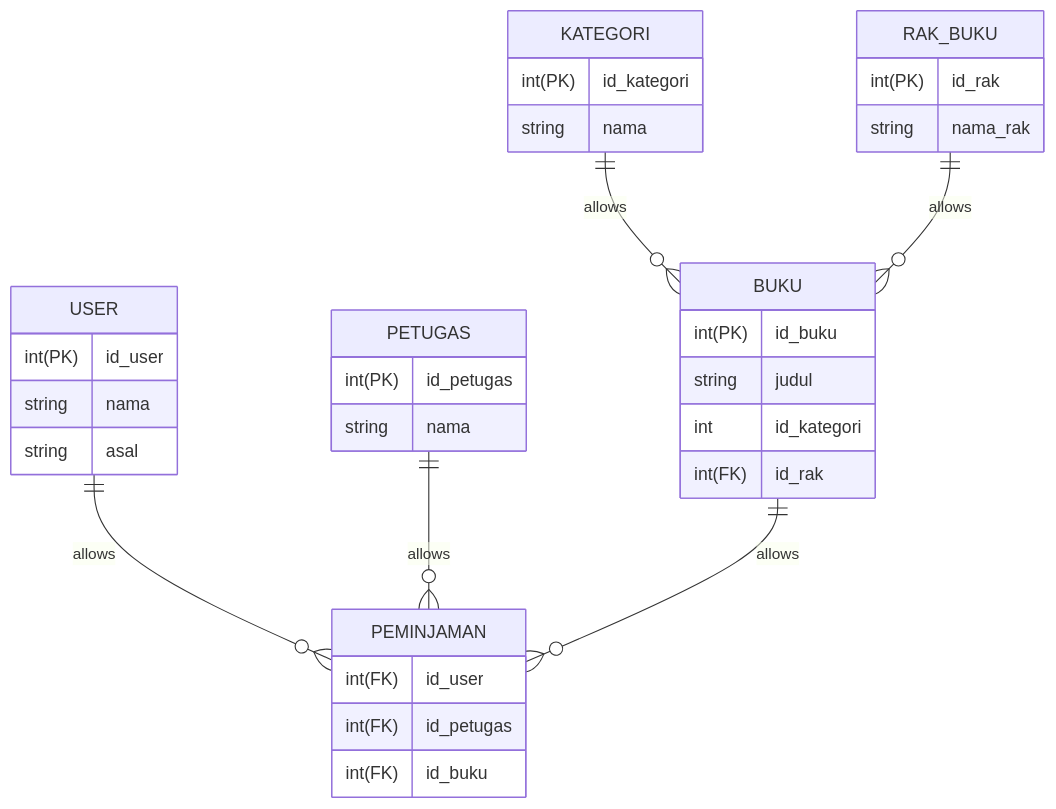
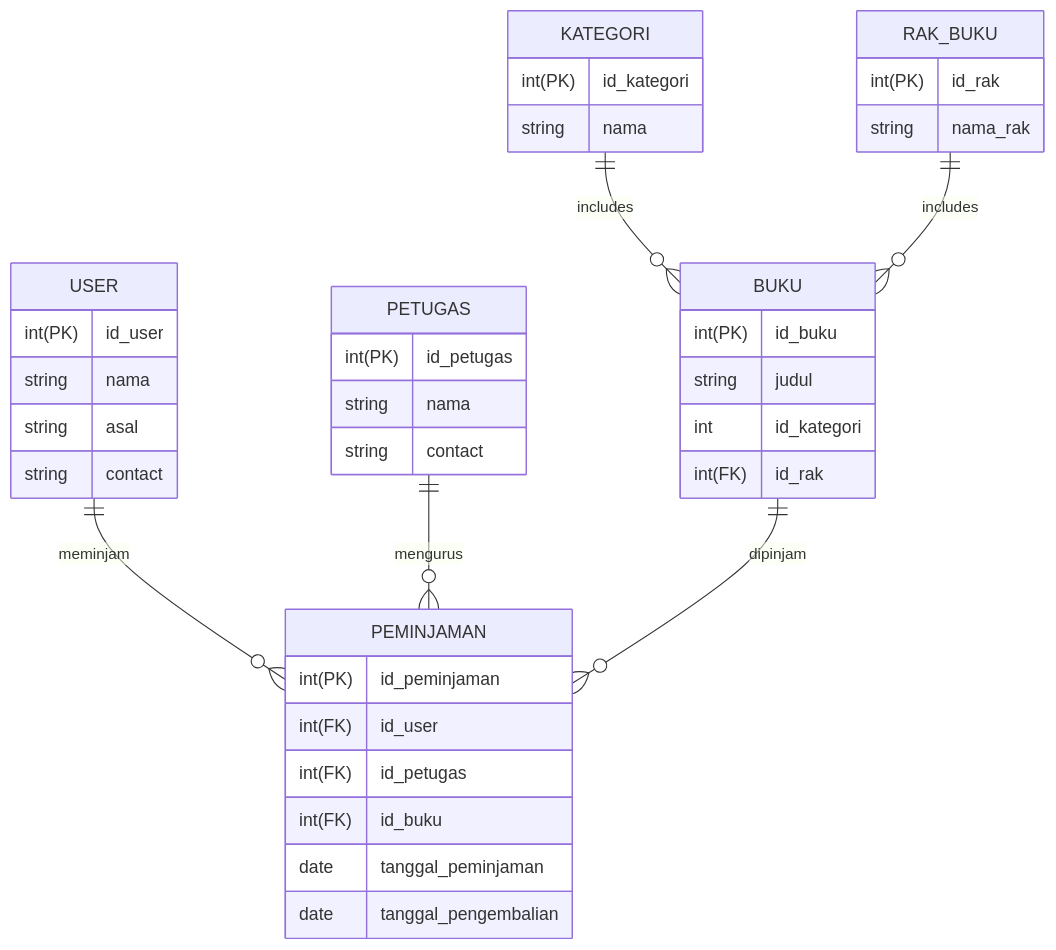
The diagram in koda-b1-db1-perpustakaan.md (asasonda/koda-b1-db1), drawn with Mermaid before and after one commit. The commit also changed other lines of this file, not shown here.

Commit message:
feat: tamabh atribut peminjaman, user dan petugas

````diff
--- a/koda-b1-db1-perpustakaan.md
+++ b/koda-b1-db1-perpustakaan.md
@@ -39,37 +41,42 @@
-``` mermaid
+```mermaid
 erDiagram
-    USER ||--o{ PEMINJAMAN : allows
-    PETUGAS || --o{ PEMINJAMAN : allows
-    KATEGORI || --o{ BUKU : allows
-    RAK_BUKU || --o{ BUKU : allows
-    BUKU || --o{ PEMINJAMAN : allows
+    USER ||--o{ PEMINJAMAN : meminjam
+    PETUGAS || --o{ PEMINJAMAN : mengurus
+    KATEGORI || --o{ BUKU : includes
+    RAK_BUKU || --o{ BUKU : includes
+    BUKU || --o{ PEMINJAMAN : dipinjam
 
     USER {
         int(PK) id_user
         string nama
         string asal
+        string contact
     }
     BUKU {
         int(PK) id_buku
         string judul
         int id_kategori
         int(FK) id_rak
     }
     KATEGORI{
         int(PK) id_kategori
         string nama
     }
     RAK_BUKU{
         int(PK) id_rak
         string nama_rak
     }
     PETUGAS{
         int(PK) id_petugas
         string nama
+        string contact
     }
     PEMINJAMAN{
+        int(PK) id_peminjaman
         int(FK) id_user
         int(FK) id_petugas
         int(FK) id_buku
+        date tanggal_peminjaman
+        date tanggal_pengembalian
     }
 ```
````
